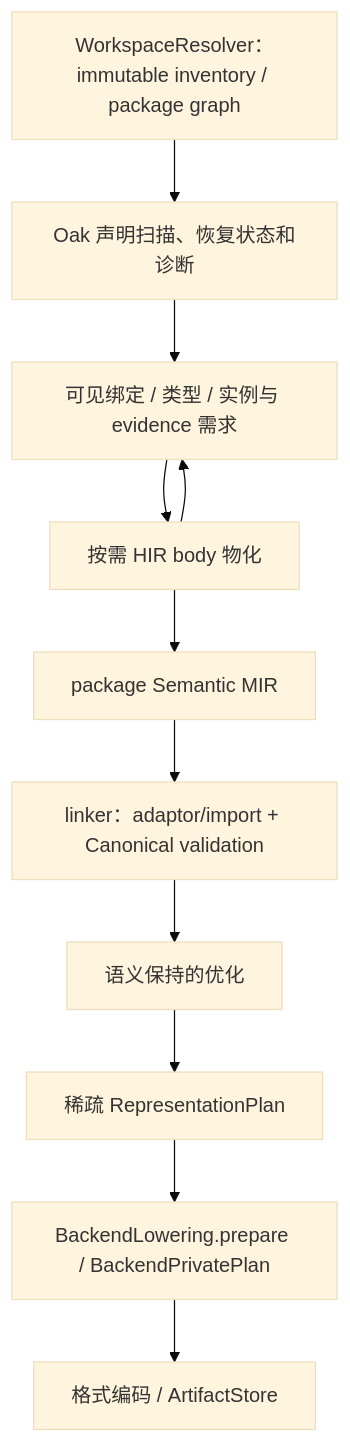
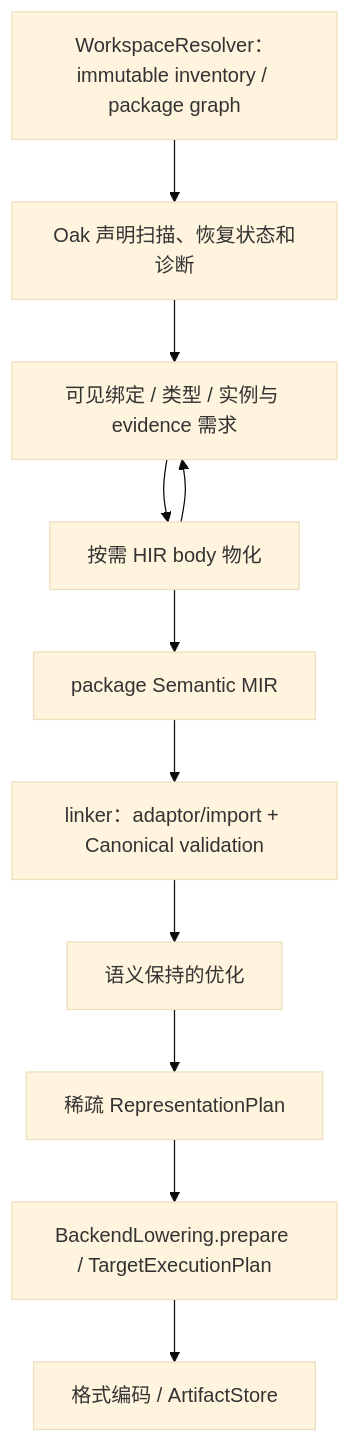
Before and after one commit to valkyrie-language/valkyrie.v: the diagram in documentation/pages/zh-hans/maintainer/compilation.md, drawn with Mermaid (base theme). The commit also changed other lines of this file and 10 other files, not shown here.

Commit message:
📝 Adopt TargetExecutionPlan terminology

````diff
--- a/documentation/pages/zh-hans/maintainer/compilation.md
+++ b/documentation/pages/zh-hans/maintainer/compilation.md
@@ -7,16 +7,16 @@
 ```mermaid
 flowchart TD
     Inventory["WorkspaceResolver：immutable inventory / package graph"]
     Index["Oak 声明扫描、恢复状态和诊断"]
     Binding["可见绑定 / 类型 / 实例与 evidence 需求"]
     Bodies["按需 HIR body 物化"]
     Semantic["package Semantic MIR"]
     Linked["linker：adaptor/import + Canonical validation"]
     Optimize["语义保持的优化"]
     Layout["稀疏 RepresentationPlan"]
-    Private["BackendLowering.prepare / BackendPrivatePlan"]
+    Private["BackendLowering.prepare / TargetExecutionPlan"]
     Bytes["格式编码 / ArtifactStore"]
     Inventory --> Index --> Binding
     Binding --> Bodies --> Binding
     Bodies --> Semantic --> Linked --> Optimize --> Layout --> Private --> Bytes
 ```
````
